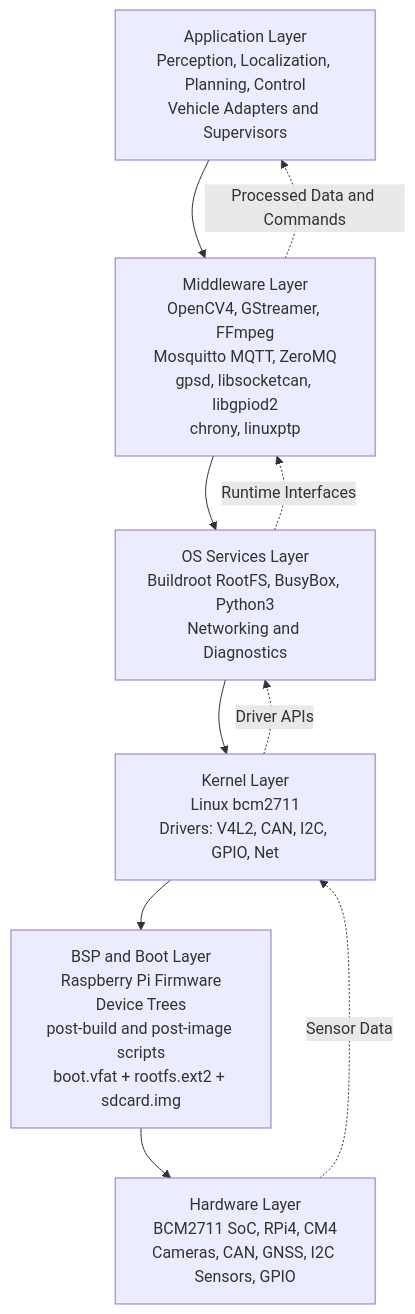
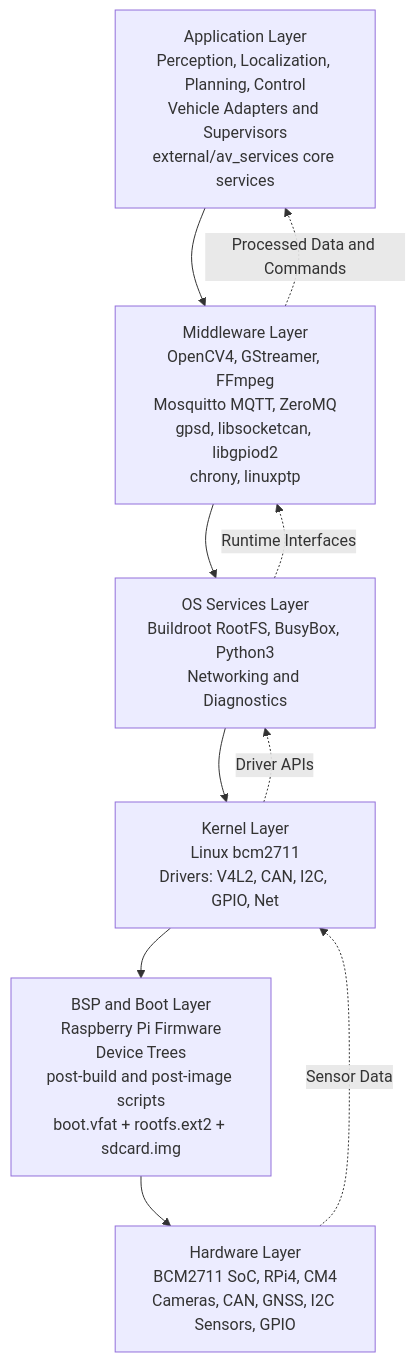
One commit to rudupa/pi4_av_linux changed the first of 2 diagrams in SW_ARCH.md. Above: the diagram before and after it, drawn with Mermaid. The commit also changed other lines of this file and 3 other files, not shown here.

Commit message:
Integrate av_services submodule and document architecture mapping

````diff
--- a/SW_ARCH.md
+++ b/SW_ARCH.md
@@ -38,20 +38,20 @@
 ```mermaid
 flowchart TB
-	A["Application Layer<br/>Perception, Localization, Planning, Control<br/>Vehicle Adapters and Supervisors"]
+	A["Application Layer<br/>Perception, Localization, Planning, Control<br/>Vehicle Adapters and Supervisors<br/>external/av_services core services"]
 	B["Middleware Layer<br/>OpenCV4, GStreamer, FFmpeg<br/>Mosquitto MQTT, ZeroMQ<br/>gpsd, libsocketcan, libgpiod2<br/>chrony, linuxptp"]
 	C["OS Services Layer<br/>Buildroot RootFS, BusyBox, Python3<br/>Networking and Diagnostics"]
 	D["Kernel Layer<br/>Linux bcm2711<br/>Drivers: V4L2, CAN, I2C, GPIO, Net"]
 	E["BSP and Boot Layer<br/>Raspberry Pi Firmware<br/>Device Trees<br/>post-build and post-image scripts<br/>boot.vfat + rootfs.ext2 + sdcard.img"]
 	F["Hardware Layer<br/>BCM2711 SoC, RPi4, CM4<br/>Cameras, CAN, GNSS, I2C Sensors, GPIO"]
 
 	A --> B
 	B --> C
 	C --> D
 	D --> E
 	E --> F
 
 	F -. Sensor Data .-> D
 	D -. Driver APIs .-> C
 	C -. Runtime Interfaces .-> B
 	B -. Processed Data and Commands .-> A
 ```
````
